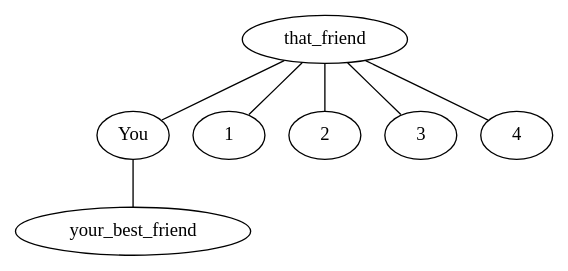
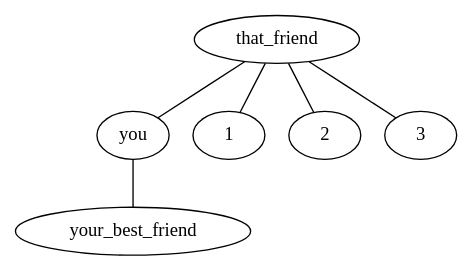
Before and after one commit to combinatorist/friendship-paradox: the diagram in friends.dot, drawn with Graphviz. The commit also changed 1 other file, not shown here.

Commit message:
remove one node from friends.dot for rounder numbers (and lowercase "you" node)

```diff
--- a/friends.dot
+++ b/friends.dot
@@ -1,8 +1,7 @@
 graph second_tier {
-that_friend -- You
-You -- your_best_friend
+that_friend -- you
+you -- your_best_friend
 that_friend -- 1
 that_friend -- 2
 that_friend -- 3
-that_friend -- 4
 }
```
